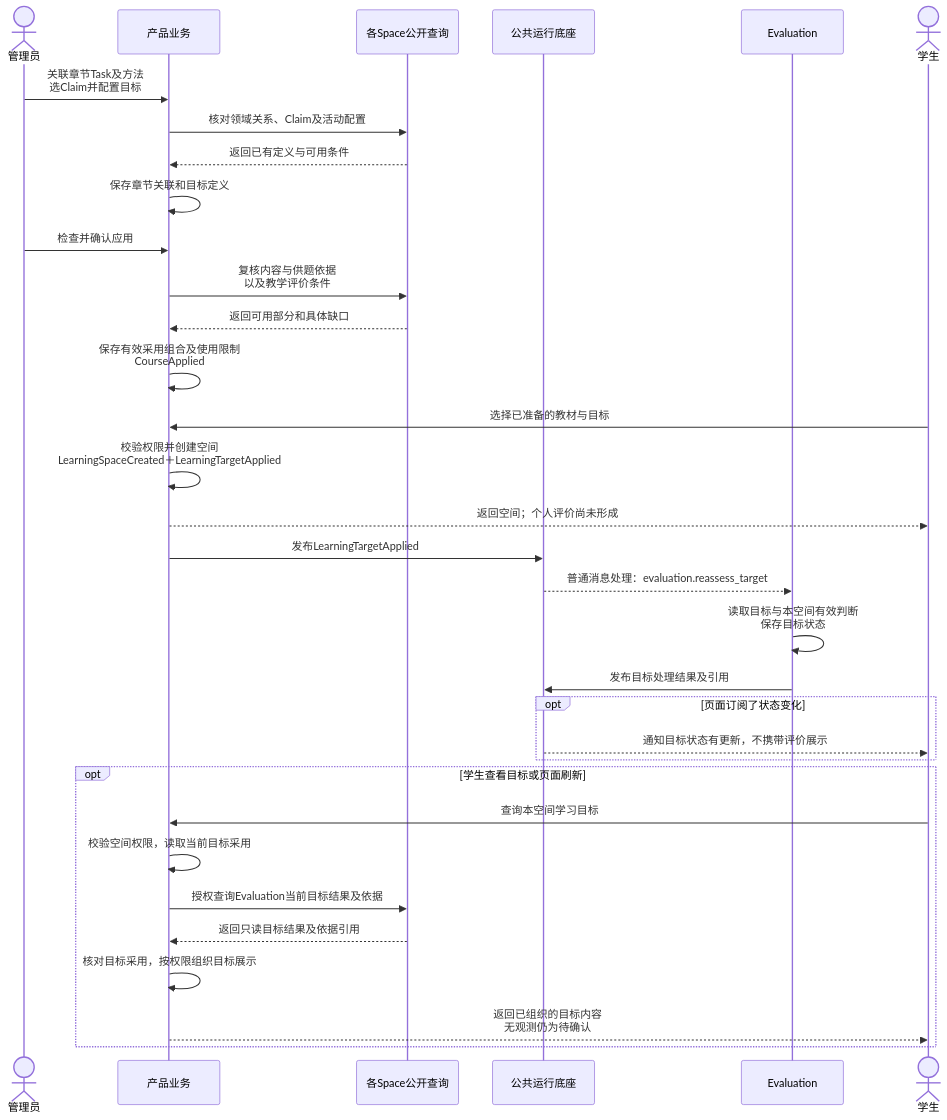
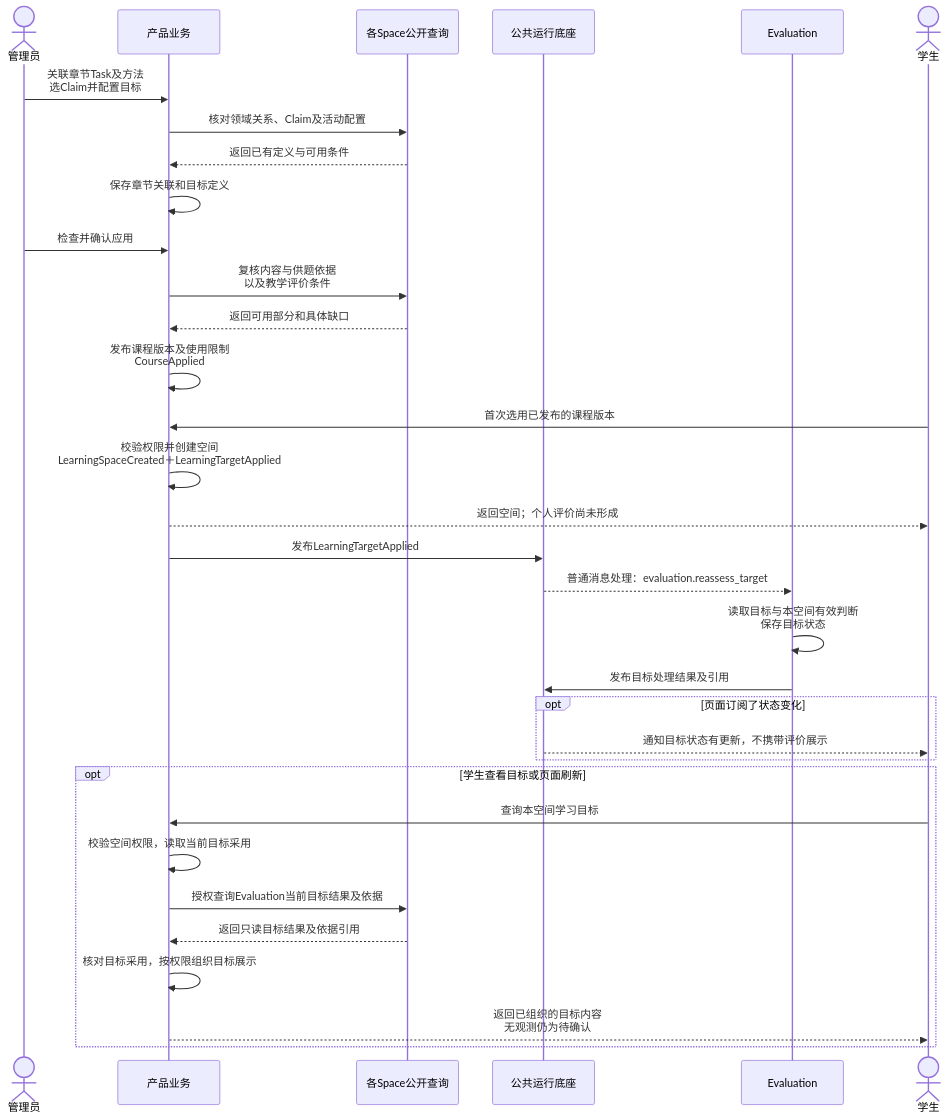
Before and after one commit to ivgotcrazy/deermind: the sixth of 11 diagrams in doc/mvp/m1/engineering/System_Design.md, drawn with Mermaid. The commit also changed other lines of this file and 125 other files, not shown here.

````diff
--- a/doc/mvp/m1/engineering/System_Design.md
+++ b/doc/mvp/m1/engineering/System_Design.md
@@ -325,35 +325,35 @@
 ```mermaid
 sequenceDiagram
   actor A as 管理员
   participant P as 产品业务
   participant Q as 各Space公开查询
   participant R as 公共运行底座
   participant E as Evaluation
   actor S as 学生
   A->>P: 关联章节Task及方法<br/>选Claim并配置目标
   P->>Q: 核对领域关系、Claim及活动配置
   Q-->>P: 返回已有定义与可用条件
   P->>P: 保存章节关联和目标定义
   A->>P: 检查并确认应用
   P->>Q: 复核内容与供题依据<br/>以及教学评价条件
   Q-->>P: 返回可用部分和具体缺口
-  P->>P: 保存有效采用组合及使用限制<br/>CourseApplied
-  S->>P: 选择已准备的教材与目标
+  P->>P: 发布课程版本及使用限制<br/>CourseApplied
+  S->>P: 首次选用已发布的课程版本
   P->>P: 校验权限并创建空间<br/>LearningSpaceCreated＋LearningTargetApplied
   P-->>S: 返回空间；个人评价尚未形成
   P->>R: 发布LearningTargetApplied
   R-->>E: 普通消息处理：evaluation.reassess_target
   E->>E: 读取目标与本空间有效判断<br/>保存目标状态
   E->>R: 发布目标处理结果及引用
   opt 页面订阅了状态变化
     R-->>S: 通知目标状态有更新，不携带评价展示
   end
   opt 学生查看目标或页面刷新
     S->>P: 查询本空间学习目标
     P->>P: 校验空间权限，读取当前目标采用
     P->>Q: 授权查询Evaluation当前目标结果及依据
     Q-->>P: 返回只读目标结果及依据引用
     P->>P: 核对目标采用，按权限组织目标展示
     P-->>S: 返回已组织的目标内容<br/>无观测仍为待确认
   end
 ```
````
